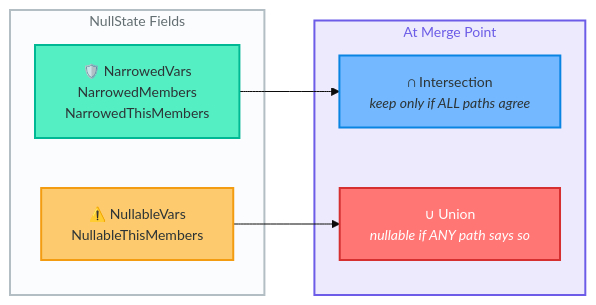
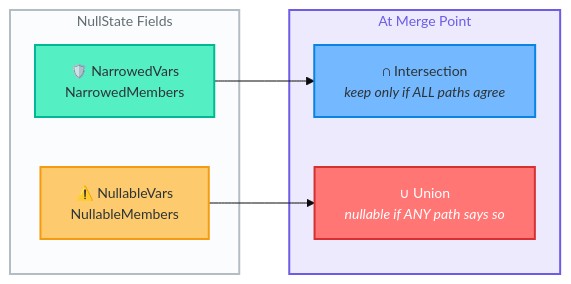
The fourth of 10 diagrams in docs/nullability-safety-architecture.md (cs01/llvm-project), drawn with Mermaid before and after one commit. The commit also changed 2 other files, not shown here.

Commit message:
update docs to match current state names and file locations

````diff
--- a/docs/nullability-safety-architecture.md
+++ b/docs/nullability-safety-architecture.md
@@ -162,29 +162,29 @@
 ```mermaid
 %%{init: {'theme': 'base', 'themeVariables': {'fontSize': '14px'}}}%%
 graph LR
     subgraph STATE["NullState Fields"]
-        N["🛡️ NarrowedVars<br>NarrowedMembers<br>NarrowedThisMembers"]
-        NB["⚠️ NullableVars<br>NullableThisMembers"]
+        N["🛡️ NarrowedVars<br>NarrowedMembers"]
+        NB["⚠️ NullableVars<br>NullableMembers"]
     end
 
     subgraph MERGE["At Merge Point"]
         NI["∩ Intersection<br><i>keep only if ALL paths agree</i>"]
         NU["∪ Union<br><i>nullable if ANY path says so</i>"]
     end
 
     N --> NI
     NB --> NU
 
     classDef narrowed fill:#55efc4,stroke:#00b894,color:#2d3436,stroke-width:2px
     classDef nullable fill:#fdcb6e,stroke:#f39c12,color:#2d3436,stroke-width:2px
     classDef intersect fill:#74b9ff,stroke:#0984e3,color:#2d3436,stroke-width:2px
     classDef union fill:#ff7675,stroke:#d63031,color:#fff,stroke-width:2px
 
     class N narrowed
     class NB nullable
     class NI intersect
     class NU union
 
     style STATE fill:#dfe6e920,stroke:#b2bec3,stroke-width:2px,color:#636e72
     style MERGE fill:#6c5ce720,stroke:#6c5ce7,stroke-width:2px,color:#6c5ce7
 ```
````
